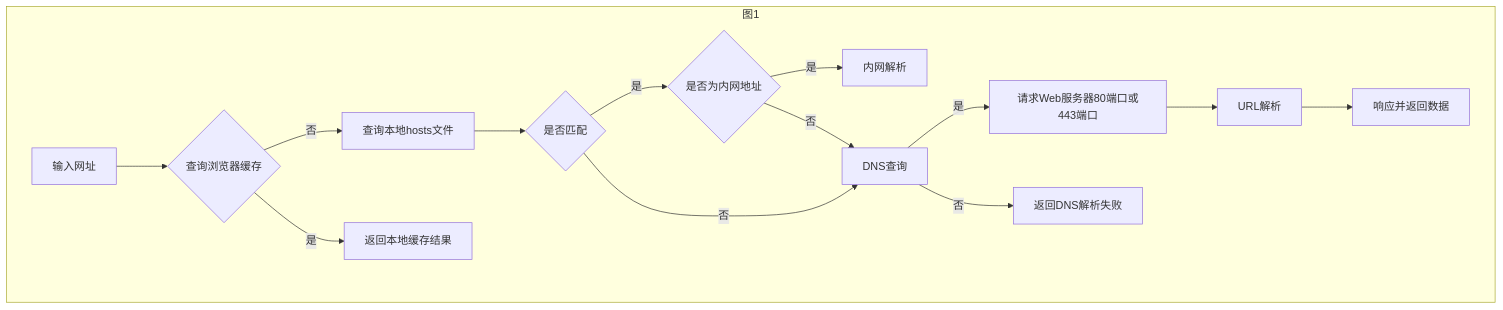
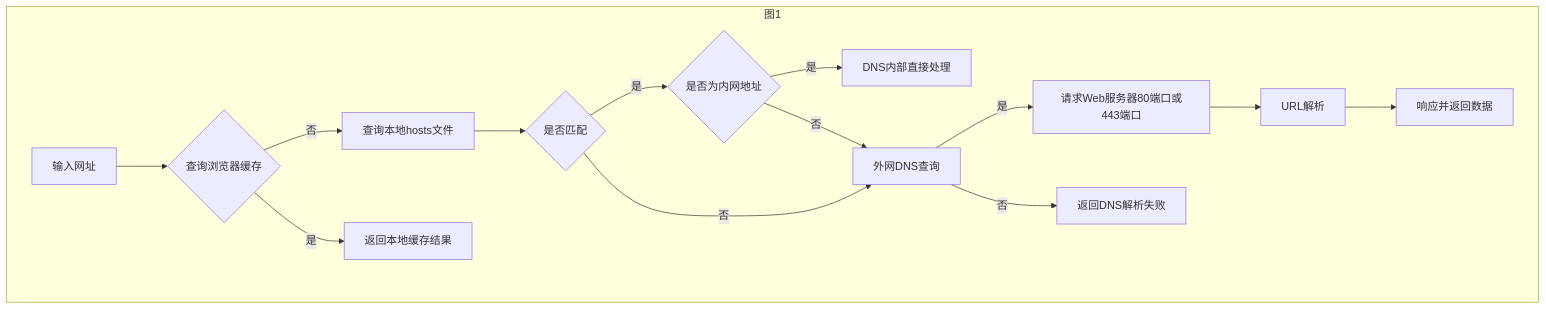
The diagram in advance/chapter1/README.md (yuanketang/gostudy), drawn with Mermaid before and after one commit. The commit also changed other lines of this file, not shown here.

````diff
--- a/advance/chapter1/README.md
+++ b/advance/chapter1/README.md
@@ -10,20 +10,20 @@
 ```mermaid
  flowchart TD
 
     subgraph 图1
 
     A[输入网址] --> Y{查询浏览器缓存};
     Y -- 否 --> B[查询本地hosts文件];
     Y -- 是 --> X[返回本地缓存结果];
     B --> C{是否匹配};
     C -- 是 --> D{是否为内网地址};
-    D -- 是 --> E[内网解析];
-    D -- 否 --> F[DNS查询];
+    D -- 是 --> E[DNS内部直接处理];
+    D -- 否 --> F[外网DNS查询];
     C -- 否 --> F
     F -- 是 --> G[请求Web服务器80端口或443端口];
     F -- 否 --> Z[返回DNS解析失败];
     G --> H[URL解析] --> I[响应并返回数据]
 
     end
     
 ```
````
